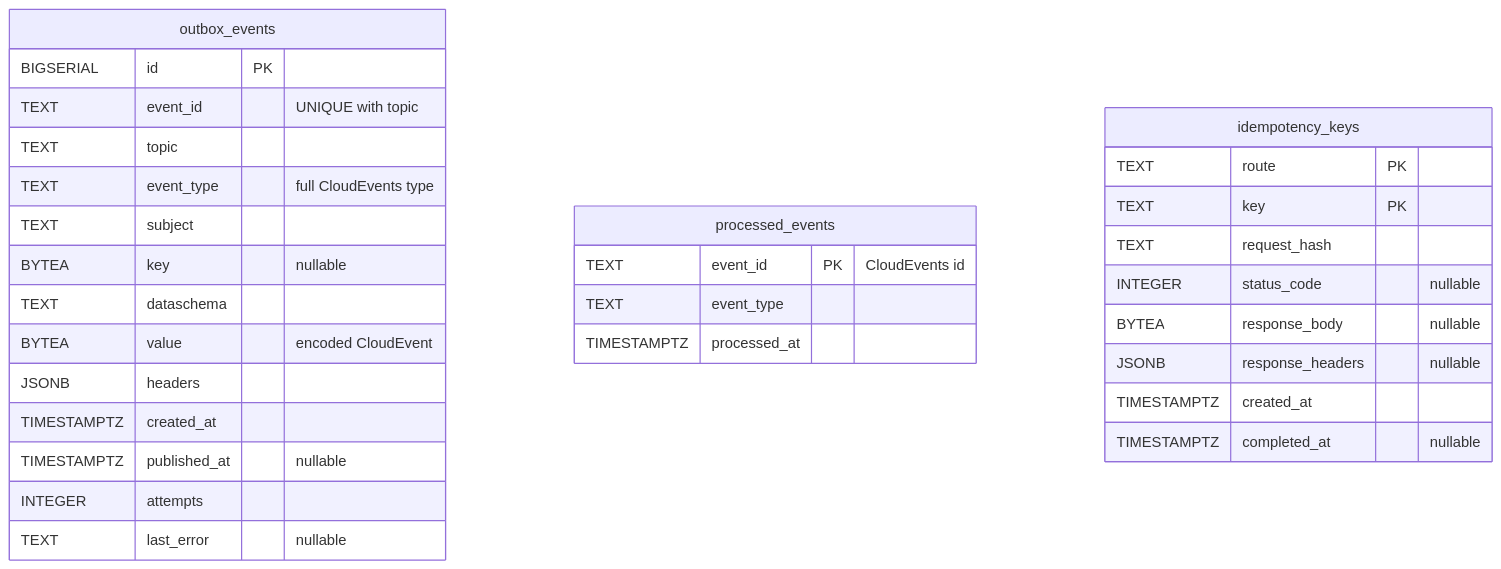
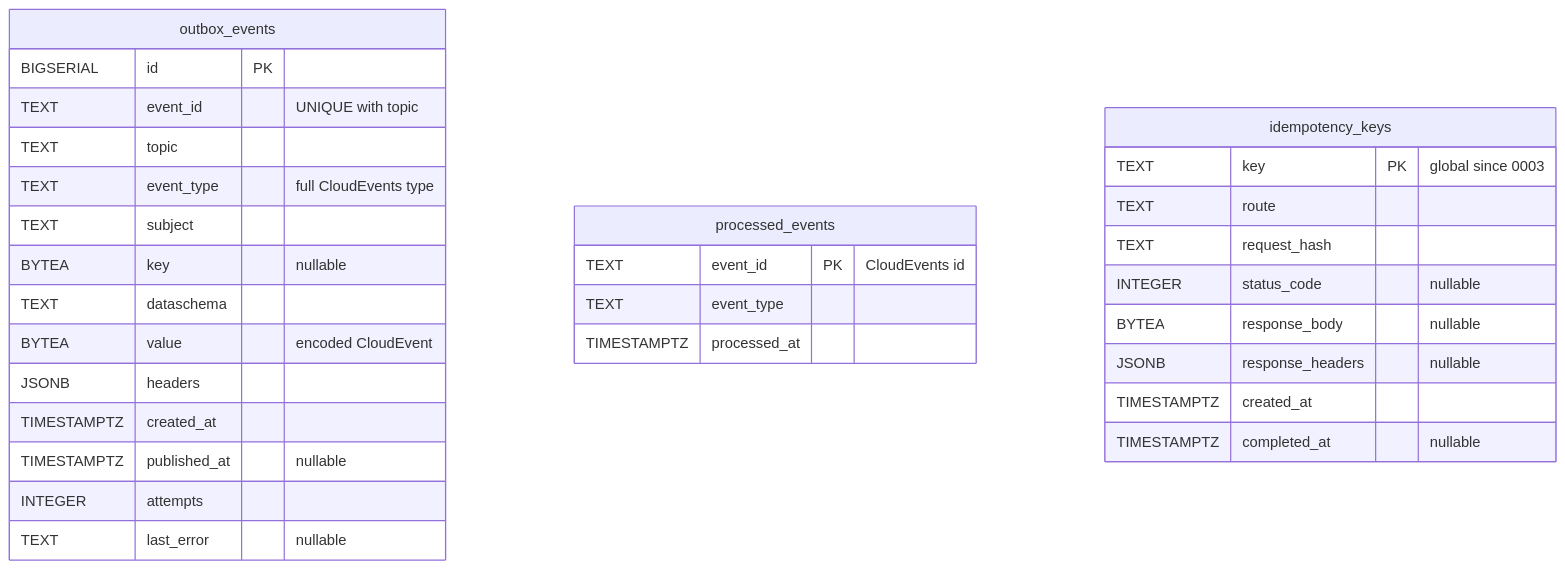
One commit to IQVO/customer-returns changed the third of 4 diagrams in docs/docs/ddd/entity-relationship.md. Above: the diagram before and after it, drawn with Mermaid. The commit also changed other lines of this file and 17 other files, not shown here.

````diff
--- a/docs/docs/ddd/entity-relationship.md
+++ b/docs/docs/ddd/entity-relationship.md
@@ -117,33 +89,33 @@
 ```mermaid
 erDiagram
     outbox_events {
         BIGSERIAL id PK
         TEXT event_id "UNIQUE with topic"
         TEXT topic
         TEXT event_type "full CloudEvents type"
         TEXT subject
         BYTEA key "nullable"
         TEXT dataschema
         BYTEA value "encoded CloudEvent"
         JSONB headers
         TIMESTAMPTZ created_at
         TIMESTAMPTZ published_at "nullable"
         INTEGER attempts
         TEXT last_error "nullable"
     }
     processed_events {
         TEXT event_id PK "CloudEvents id"
         TEXT event_type
         TIMESTAMPTZ processed_at
     }
     idempotency_keys {
-        TEXT route PK
-        TEXT key PK
+        TEXT key PK "global since 0003"
+        TEXT route
         TEXT request_hash
         INTEGER status_code "nullable"
         BYTEA response_body "nullable"
         JSONB response_headers "nullable"
         TIMESTAMPTZ created_at
         TIMESTAMPTZ completed_at "nullable"
     }
 ```
````
